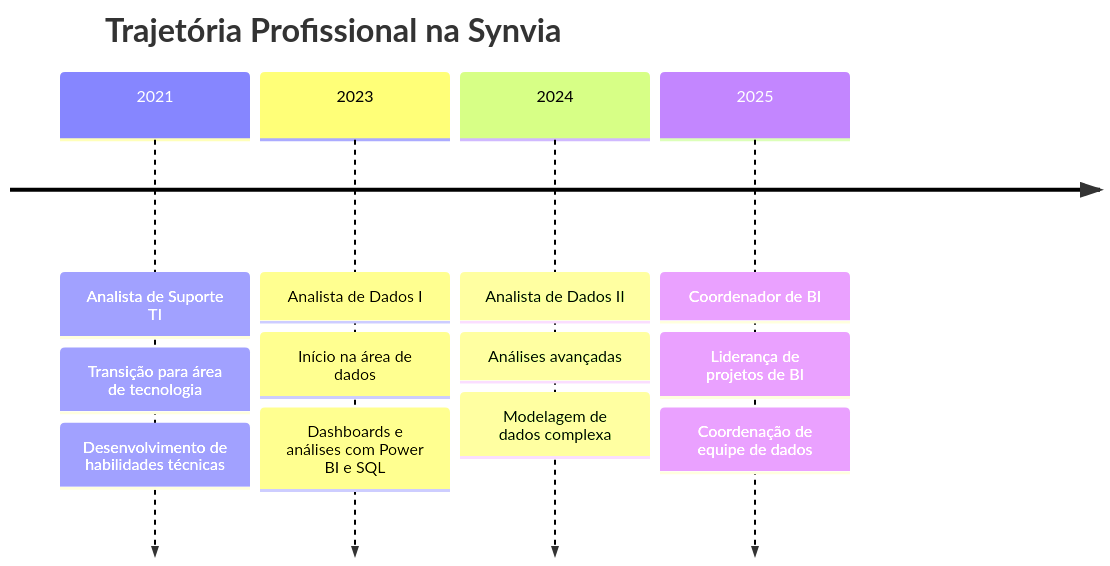
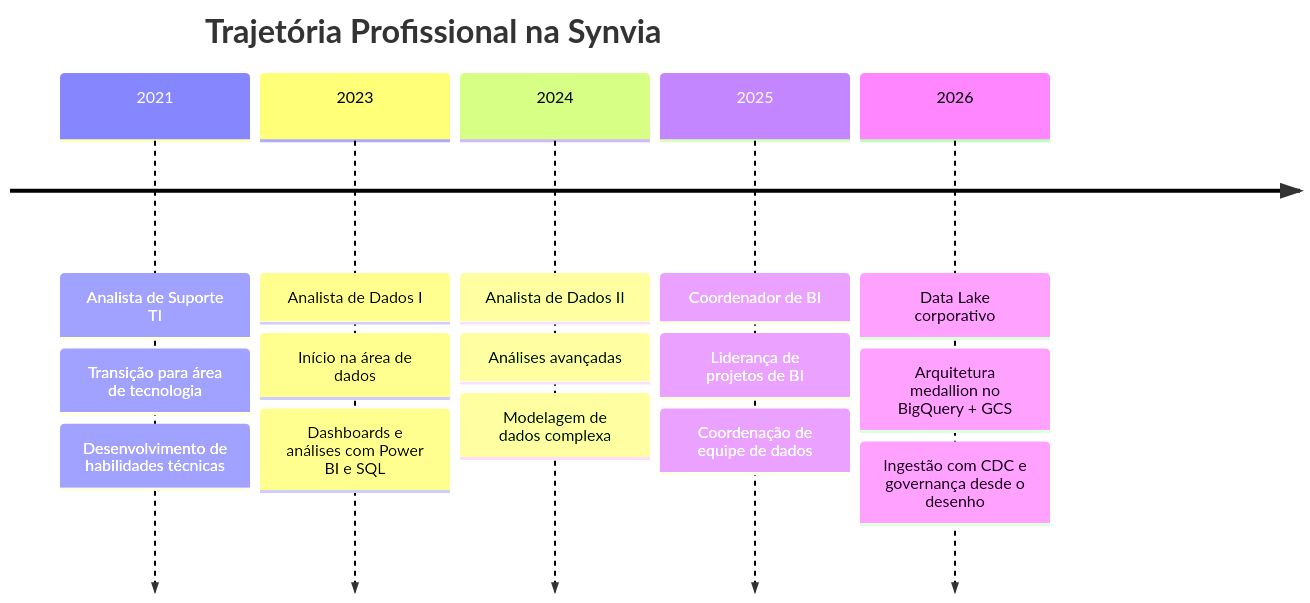
The first of 4 diagrams in README.md (WashingtonGomesGouvea/WashingtonGomesGouvea), drawn with Mermaid before and after one commit. The commit also changed other lines of this file, not shown here.

Commit message:
docs: add 2026 corporate data lake highlights

````diff
--- a/README.md
+++ b/README.md
@@ -48,16 +48,19 @@
 ```mermaid
 timeline
     title Trajetória Profissional na Synvia
     2021 : Analista de Suporte TI
          : Transição para área de tecnologia
          : Desenvolvimento de habilidades técnicas
     2023 : Analista de Dados I
          : Início na área de dados
          : Dashboards e análises com Power BI e SQL
     2024 : Analista de Dados II
          : Análises avançadas
          : Modelagem de dados complexa
     2025 : Coordenador de BI
          : Liderança de projetos de BI
          : Coordenação de equipe de dados
+    2026 : Data Lake corporativo
+         : Arquitetura medallion no BigQuery + GCS
+         : Ingestão com CDC e governança desde o desenho
 ```
````
